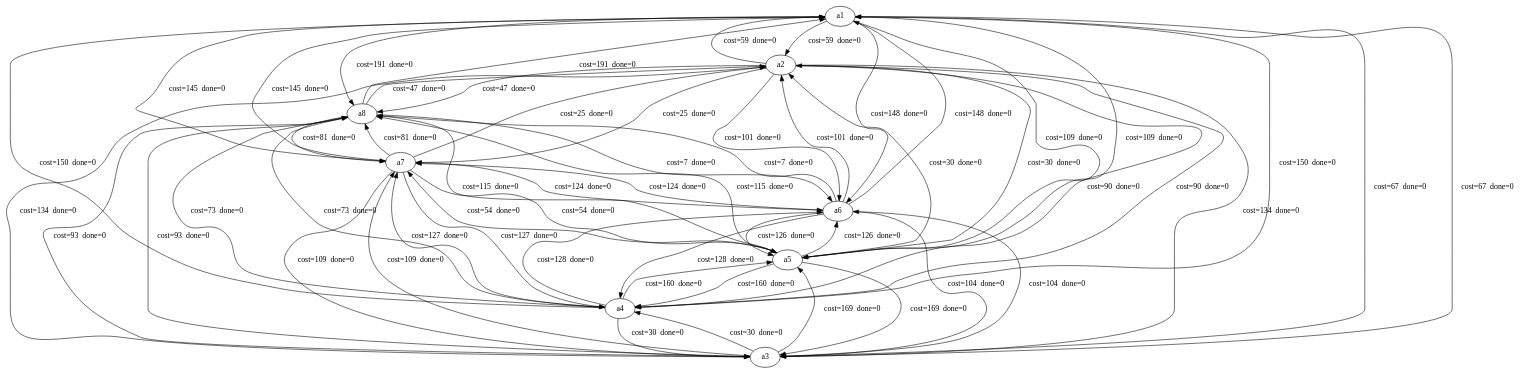
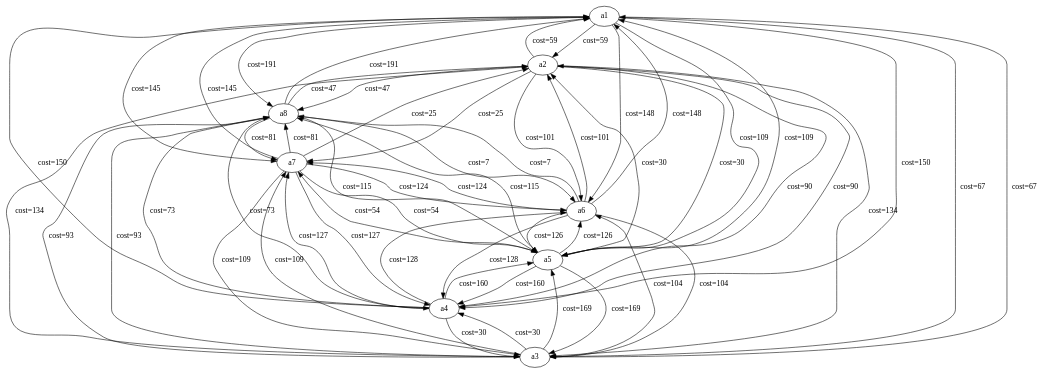
Before and after one commit to MaxPower9001/B-AI3GKAP: the diagram in testkram.dot, drawn with Graphviz. The commit also changed 2 other files, not shown here.

```diff
--- a/testkram.dot
+++ b/testkram.dot
@@ -1,67 +1,67 @@
 digraph testkram
 {
 "a1"
 "a2"
 "a3"
 "a4"
 "a5"
 "a6"
 "a7"
 "a8"
-"a1" -> "a2" [label="cost=59  done=0  "]
-"a1" -> "a3" [label="cost=67  done=0  "]
-"a1" -> "a4" [label="cost=150  done=0  "]
-"a1" -> "a5" [label="cost=109  done=0  "]
-"a1" -> "a6" [label="cost=148  done=0  "]
-"a1" -> "a7" [label="cost=145  done=0  "]
-"a1" -> "a8" [label="cost=191  done=0  "]
-"a2" -> "a1" [label="cost=59  done=0  "]
-"a2" -> "a3" [label="cost=134  done=0  "]
-"a2" -> "a4" [label="cost=90  done=0  "]
-"a2" -> "a5" [label="cost=30  done=0  "]
-"a2" -> "a6" [label="cost=101  done=0  "]
-"a2" -> "a7" [label="cost=25  done=0  "]
-"a2" -> "a8" [label="cost=47  done=0  "]
-"a3" -> "a1" [label="cost=67  done=0  "]
-"a3" -> "a2" [label="cost=134  done=0  "]
-"a3" -> "a4" [label="cost=30  done=0  "]
-"a3" -> "a5" [label="cost=169  done=0  "]
-"a3" -> "a6" [label="cost=104  done=0  "]
-"a3" -> "a7" [label="cost=109  done=0  "]
-"a3" -> "a8" [label="cost=93  done=0  "]
-"a4" -> "a1" [label="cost=150  done=0  "]
-"a4" -> "a2" [label="cost=90  done=0  "]
-"a4" -> "a3" [label="cost=30  done=0  "]
-"a4" -> "a5" [label="cost=160  done=0  "]
-"a4" -> "a6" [label="cost=128  done=0  "]
-"a4" -> "a7" [label="cost=127  done=0  "]
-"a4" -> "a8" [label="cost=73  done=0  "]
-"a5" -> "a1" [label="cost=109  done=0  "]
-"a5" -> "a2" [label="cost=30  done=0  "]
-"a5" -> "a3" [label="cost=169  done=0  "]
-"a5" -> "a4" [label="cost=160  done=0  "]
-"a5" -> "a6" [label="cost=126  done=0  "]
-"a5" -> "a7" [label="cost=54  done=0  "]
-"a5" -> "a8" [label="cost=115  done=0  "]
-"a6" -> "a1" [label="cost=148  done=0  "]
-"a6" -> "a2" [label="cost=101  done=0  "]
-"a6" -> "a3" [label="cost=104  done=0  "]
-"a6" -> "a4" [label="cost=128  done=0  "]
-"a6" -> "a5" [label="cost=126  done=0  "]
-"a6" -> "a7" [label="cost=124  done=0  "]
-"a6" -> "a8" [label="cost=7  done=0  "]
-"a7" -> "a1" [label="cost=145  done=0  "]
-"a7" -> "a2" [label="cost=25  done=0  "]
-"a7" -> "a3" [label="cost=109  done=0  "]
-"a7" -> "a4" [label="cost=127  done=0  "]
-"a7" -> "a5" [label="cost=54  done=0  "]
-"a7" -> "a6" [label="cost=124  done=0  "]
-"a7" -> "a8" [label="cost=81  done=0  "]
-"a8" -> "a1" [label="cost=191  done=0  "]
-"a8" -> "a2" [label="cost=47  done=0  "]
-"a8" -> "a3" [label="cost=93  done=0  "]
-"a8" -> "a4" [label="cost=73  done=0  "]
-"a8" -> "a5" [label="cost=115  done=0  "]
-"a8" -> "a6" [label="cost=7  done=0  "]
-"a8" -> "a7" [label="cost=81  done=0  "]
+"a1" -> "a2" [label="cost=59  "]
+"a1" -> "a3" [label="cost=67  "]
+"a1" -> "a4" [label="cost=150  "]
+"a1" -> "a5" [label="cost=109  "]
+"a1" -> "a6" [label="cost=148  "]
+"a1" -> "a7" [label="cost=145  "]
+"a1" -> "a8" [label="cost=191  "]
+"a2" -> "a1" [label="cost=59  "]
+"a2" -> "a3" [label="cost=134  "]
+"a2" -> "a4" [label="cost=90  "]
+"a2" -> "a5" [label="cost=30  "]
+"a2" -> "a6" [label="cost=101  "]
+"a2" -> "a7" [label="cost=25  "]
+"a2" -> "a8" [label="cost=47  "]
+"a3" -> "a1" [label="cost=67  "]
+"a3" -> "a2" [label="cost=134  "]
+"a3" -> "a4" [label="cost=30  "]
+"a3" -> "a5" [label="cost=169  "]
+"a3" -> "a6" [label="cost=104  "]
+"a3" -> "a7" [label="cost=109  "]
+"a3" -> "a8" [label="cost=93  "]
+"a4" -> "a1" [label="cost=150  "]
+"a4" -> "a2" [label="cost=90  "]
+"a4" -> "a3" [label="cost=30  "]
+"a4" -> "a5" [label="cost=160  "]
+"a4" -> "a6" [label="cost=128  "]
+"a4" -> "a7" [label="cost=127  "]
+"a4" -> "a8" [label="cost=73  "]
+"a5" -> "a1" [label="cost=109  "]
+"a5" -> "a2" [label="cost=30  "]
+"a5" -> "a3" [label="cost=169  "]
+"a5" -> "a4" [label="cost=160  "]
+"a5" -> "a6" [label="cost=126  "]
+"a5" -> "a7" [label="cost=54  "]
+"a5" -> "a8" [label="cost=115  "]
+"a6" -> "a1" [label="cost=148  "]
+"a6" -> "a2" [label="cost=101  "]
+"a6" -> "a3" [label="cost=104  "]
+"a6" -> "a4" [label="cost=128  "]
+"a6" -> "a5" [label="cost=126  "]
+"a6" -> "a7" [label="cost=124  "]
+"a6" -> "a8" [label="cost=7  "]
+"a7" -> "a1" [label="cost=145  "]
+"a7" -> "a2" [label="cost=25  "]
+"a7" -> "a3" [label="cost=109  "]
+"a7" -> "a4" [label="cost=127  "]
+"a7" -> "a5" [label="cost=54  "]
+"a7" -> "a6" [label="cost=124  "]
+"a7" -> "a8" [label="cost=81  "]
+"a8" -> "a1" [label="cost=191  "]
+"a8" -> "a2" [label="cost=47  "]
+"a8" -> "a3" [label="cost=93  "]
+"a8" -> "a4" [label="cost=73  "]
+"a8" -> "a5" [label="cost=115  "]
+"a8" -> "a6" [label="cost=7  "]
+"a8" -> "a7" [label="cost=81  "]
 }
```
